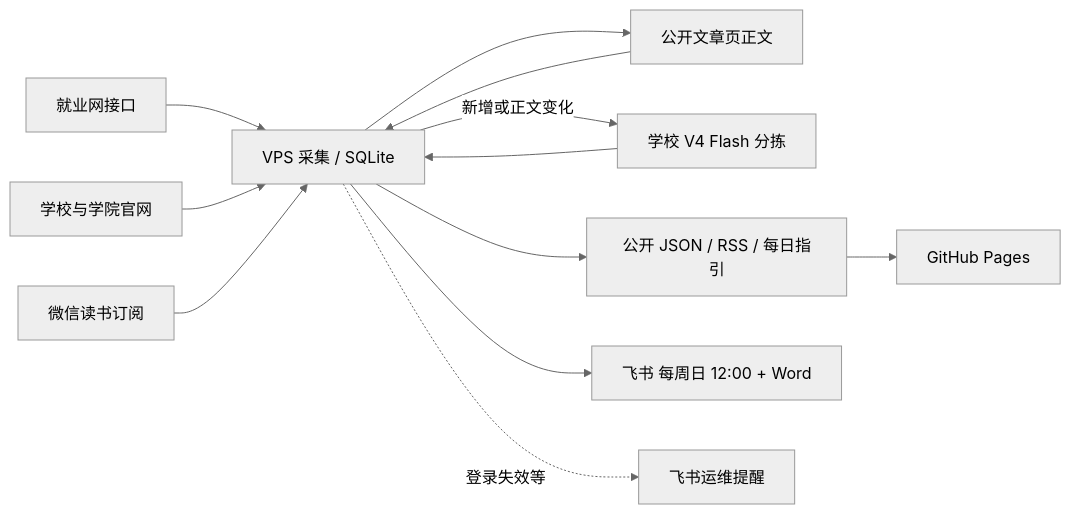
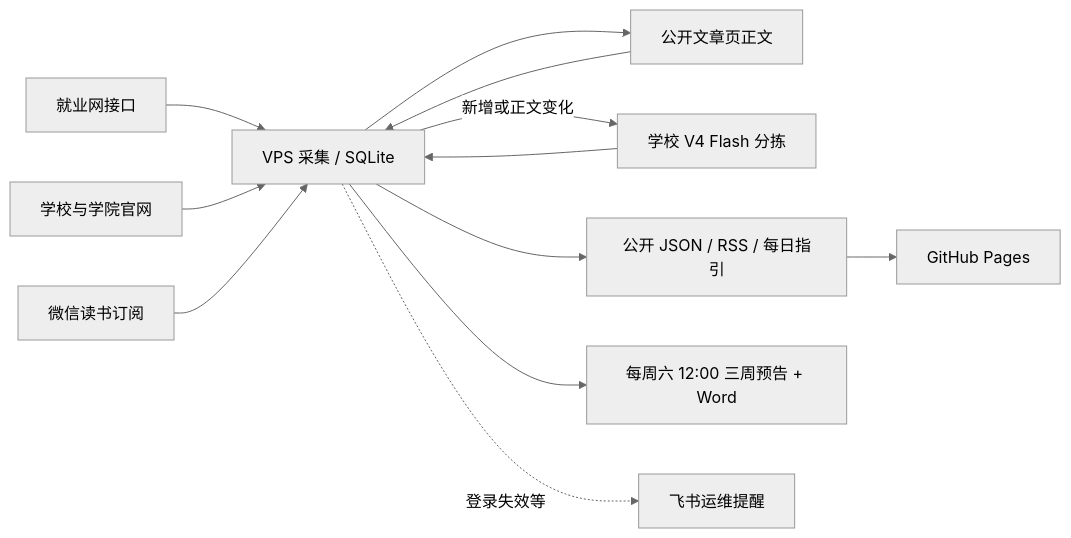
The diagram in README.md (lankerr/bit-student-feed), drawn with Mermaid (neutral theme) before and after one commit. The commit also changed other lines of this file and 18 other files, not shown here.

````diff
--- a/README.md
+++ b/README.md
@@ -32,14 +32,14 @@
 ```mermaid
 flowchart LR
   J[就业网接口] --> V[VPS 采集 / SQLite]
   W[学校与学院官网] --> V
   R[微信读书订阅] --> V
   V --> B[公开文章页正文]
   B --> V
   V -->|新增或正文变化| S[学校 V4 Flash 分拣]
   S --> V
   V --> P[公开 JSON / RSS / 每日指引]
   P --> G[GitHub Pages]
-  V --> F[飞书 每周日 12:00 + Word]
+  V --> F[每周六 12:00 三周预告 + Word]
   V -.登录失效等.-> O[飞书运维提醒]
 ```
````
